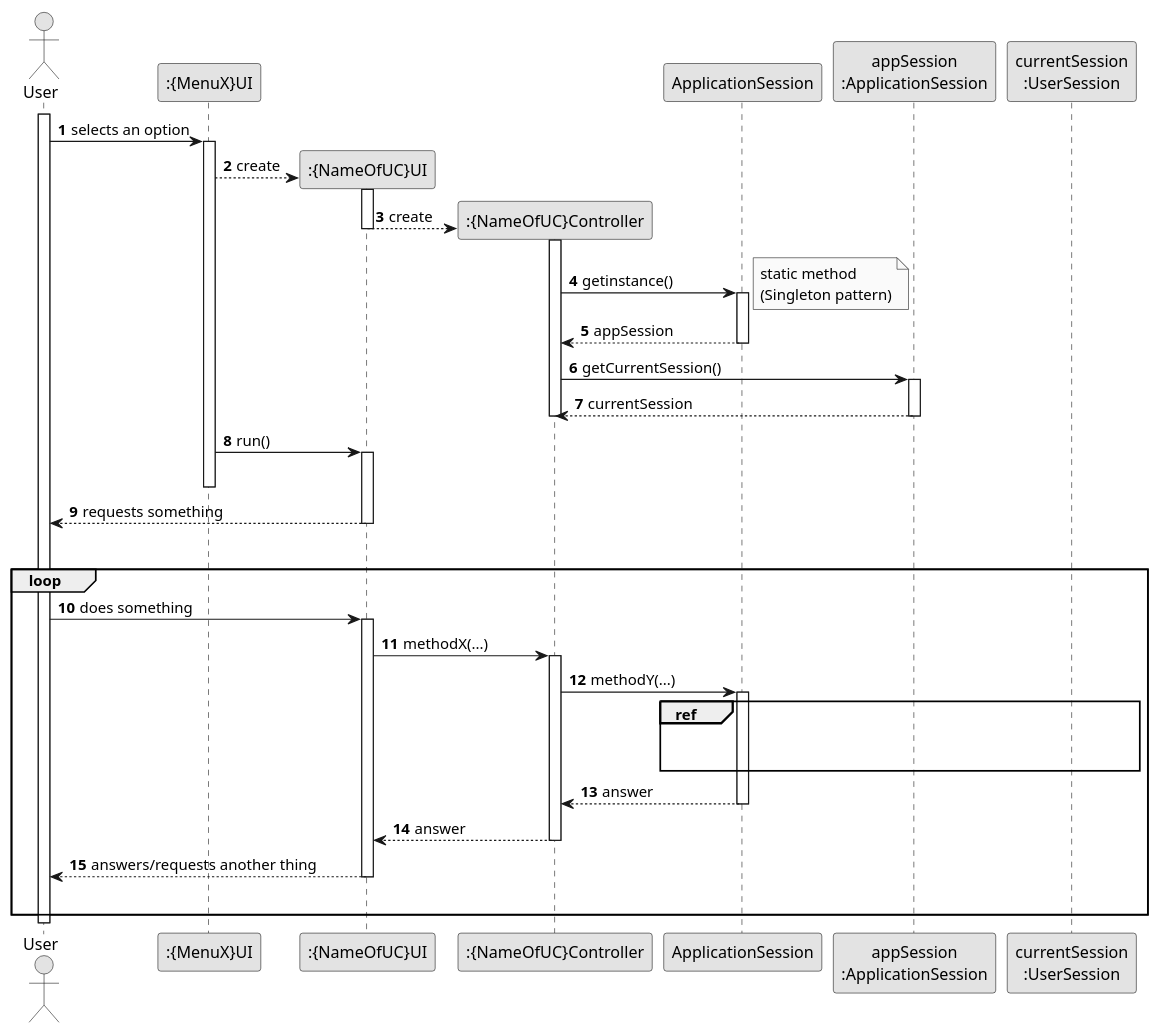
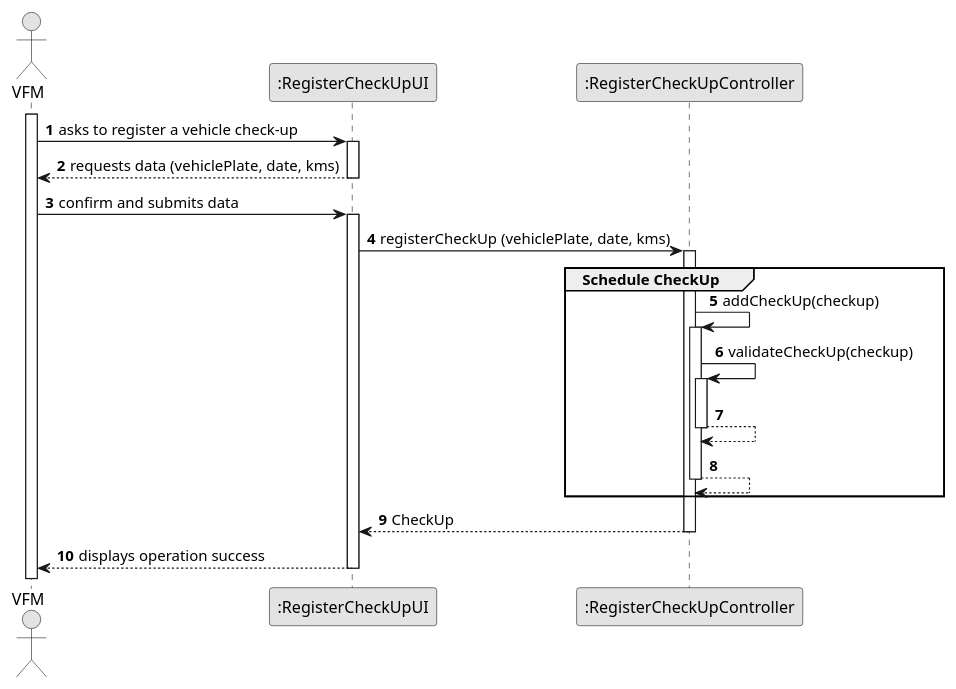
Before and after one commit to Departamento-de-Engenharia-Informatica/lei-24-s2-1dm-g132: the diagram in docs/sprintB/us007/03.design/puml/us007-sequence-diagram-ui-controller-full.puml, drawn with PlantUML. The commit also changed 7 other files, not shown here.

Commit message:
US007 - Beginning of development of all Design related diagrams

```diff
--- a/docs/sprintB/us007/03.design/puml/us007-sequence-diagram-ui-controller-full.puml
+++ b/docs/sprintB/us007/03.design/puml/us007-sequence-diagram-ui-controller-full.puml
@@ -1,75 +1,50 @@
 @startuml
 skinparam monochrome true
 skinparam packageStyle rectangle
 skinparam shadowing false
 
 autonumber
 
 'hide footbox
-actor "User" as USER
-participant ":{MenuX}UI" as MENU
-participant ":{NameOfUC}UI" as UCNAMEUI
-participant ":{NameOfUC}Controller" as CTRL
-participant "ApplicationSession" as APPSESSIONC
-participant "appSession\n:ApplicationSession" as APPSESSIONI
-participant "currentSession\n:UserSession" as CURSESSION
+actor "VFM" as VFM
+participant ":RegisterCheckUpUI" as UI
+participant ":RegisterCheckUpController" as CTRL
 
-activate USER
+activate VFM
 
-    USER -> MENU : selects an option
-    activate MENU
-        MENU --> UCNAMEUI** : create
-        activate UCNAMEUI
+        VFM -> UI : asks to register a vehicle check-up
+activate UI
 
-            UCNAMEUI --> CTRL** : create
-        deactivate UCNAMEUI
+        UI --> VFM : requests data (vehiclePlate, date, kms)
+         deactivate UI
 
-        activate CTRL
-            CTRL -> APPSESSIONC : getinstance()
-            note right
-                static method
-                (Singleton pattern)
-            end note
-            activate APPSESSIONC
-                APPSESSIONC --> CTRL : appSession 
-            deactivate APPSESSIONC
+    VFM -> UI : confirm and submits data
+        activate UI
 
-            CTRL -> APPSESSIONI : getCurrentSession()
-            activate APPSESSIONI
-                APPSESSIONI --> CTRL : currentSession
-            deactivate APPSESSIONI
-        deactivate CTRL
+                UI -> CTRL : registerCheckUp (vehiclePlate, date, kms)
+            activate CTRL
+    group Schedule CheckUp
 
-        MENU -> UCNAMEUI : run()
-        activate UCNAMEUI
-    deactivate MENU
+                                        CTRL -> CTRL: addCheckUp(checkup)
 
-            UCNAMEUI --> USER : requests something
-            |||
-        deactivate UCNAMEUI
+                                                                           activate CTRL
+                                                                               CTRL -> CTRL: validateCheckUp(checkup)
+                                                                               activate CTRL
+                                                                                   CTRL --> CTRL
+                                                                               deactivate CTRL
 
-    loop
-        USER -> UCNAMEUI : does something
-        activate UCNAMEUI
-            UCNAMEUI -> CTRL : methodX(...)
-            activate CTRL
-                CTRL -> APPSESSIONC : methodY(...)
-                activate APPSESSIONC
-                    ref over APPSESSIONC,APPSESSIONI,CURSESSION
+                                                                               CTRL --> CTRL
+                                                                               deactivate CTRL
+                                                                               end
+
+            CTRL --> UI : CheckUp
+            deactivate CTRL
 
 
-                    end ref
-                    APPSESSIONC --> CTRL : answer
-                deactivate APPSESSIONC
+            UI --> VFM : displays operation success
+        deactivate UI
 
-                CTRL --> UCNAMEUI : answer
-            deactivate CTRL
 
-            UCNAMEUI --> USER : answers/requests another thing
-            |||
-        deactivate UCNAMEUI
-    end loop
 
-deactivate USER
 
 @enduml
```
